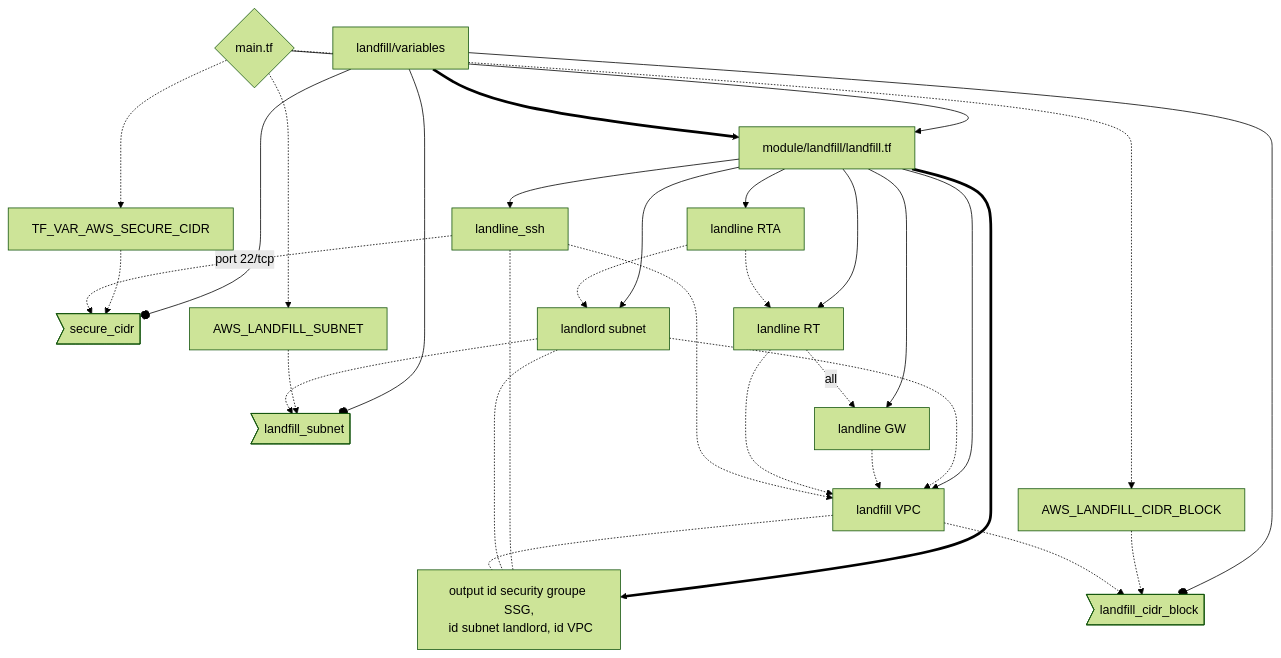
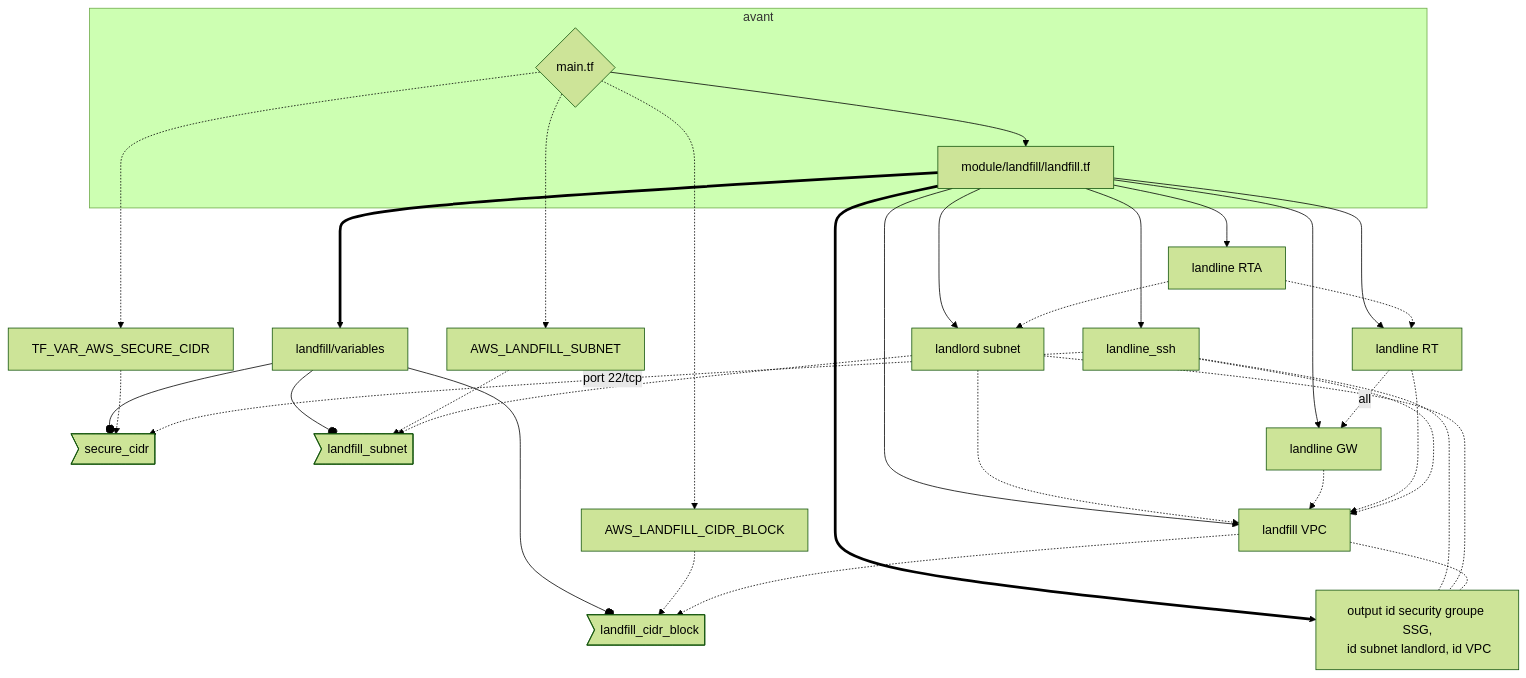
One commit to claudebamberger/claudebamberger changed the second of 4 diagrams in aws-vex/README.md. Above: the diagram before and after it, drawn with Mermaid (forest theme). The commit also changed other lines of this file and 3 other files, not shown here.

````diff
--- a/aws-vex/README.md
+++ b/aws-vex/README.md
@@ -132,38 +163,40 @@
   ```mermaid
     graph TD
-    main.tf{main.tf} --> module/landfill/landfill.tf
-    landfill/variables ==> module/landfill/landfill.tf
+    subgraph avant 
+      main.tf{main.tf} --> module/landfill/landfill.tf
+    end
+    module/landfill/landfill.tf ==> landfill/variables 
     landfill/variables --o secure_cidr>secure_cidr]
     landfill/variables --o landfill_cidr_block>landfill_cidr_block]
     landfill/variables --o landfill_subnet>landfill_subnet]
     main.tf -.-> TF_VAR_AWS_SECURE_CIDR -.-> secure_cidr
     main.tf -.-> AWS_LANDFILL_CIDR_BLOCK -.-> landfill_cidr_block
     main.tf -.-> AWS_LANDFILL_SUBNET -.-> landfill_subnet
 
     module/landfill/landfill.tf --> landfill[landfill VPC]
     landfill -.-> landfill_cidr_block
 
     module/landfill/landfill.tf --> landlord[landlord subnet]
     landlord -.-> landfill
     landlord -.-> landfill_subnet
 
     module/landfill/landfill.tf --> landlineIGW[landline GW]
     landlineIGW -.-> landfill
 
     module/landfill/landfill.tf --> landlineRT[landline RT]
     landlineRT -.-> landfill
     landlineRT -.all.-> landlineIGW
 
     module/landfill/landfill.tf --> landlineRTA[landline RTA]
     landlineRTA -.-> landlineRT
     landlineRTA -.-> landlord
 
     module/landfill/landfill.tf --> landline_ssh
     landline_ssh -.-> landfill
     landline_ssh -.port 22/tcp.-> secure_cidr
 
     module/landfill/landfill.tf ====> output[output id security groupe SSG,\n id subnet landlord, id VPC]
     landline_ssh -.- output
     landlord -.- output
     landfill -.- output
   ```
````
